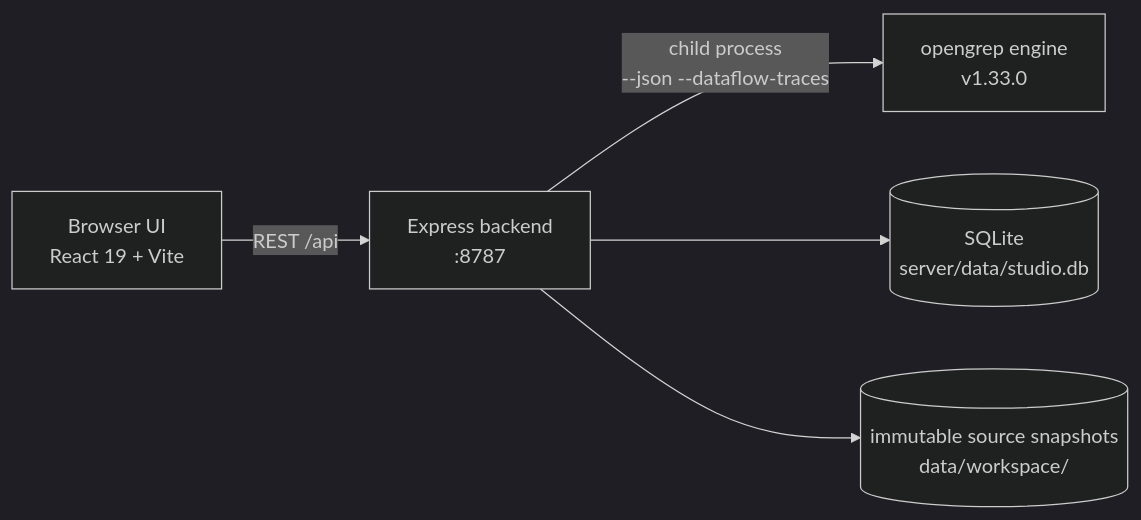
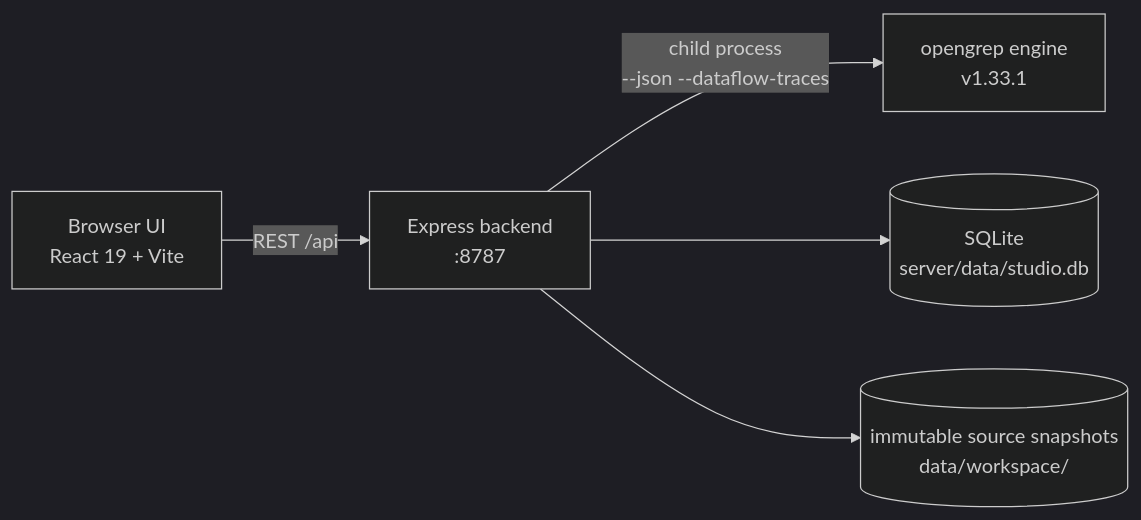
One commit to Lyfxxk/Opengrep-Studio changed the diagram in README.md. Above: the diagram before and after it, drawn with Mermaid (dark theme). The commit also changed other lines of this file and 3 other files, not shown here.

````diff
--- a/README.md
+++ b/README.md
@@ -189,7 +189,7 @@
 ```mermaid
 flowchart LR
     U["Browser UI<br/>React 19 + Vite"] -->|"REST /api"| S["Express backend<br/>:8787"]
-    S -->|"child process<br/>--json --dataflow-traces"| E["opengrep engine<br/>v1.33.0"]
+    S -->|"child process<br/>--json --dataflow-traces"| E["opengrep engine<br/>v1.33.1"]
     S --> DB[("SQLite<br/>server/data/studio.db")]
     S --> FS[("immutable source snapshots<br/>data/workspace/")]
 ```
````
